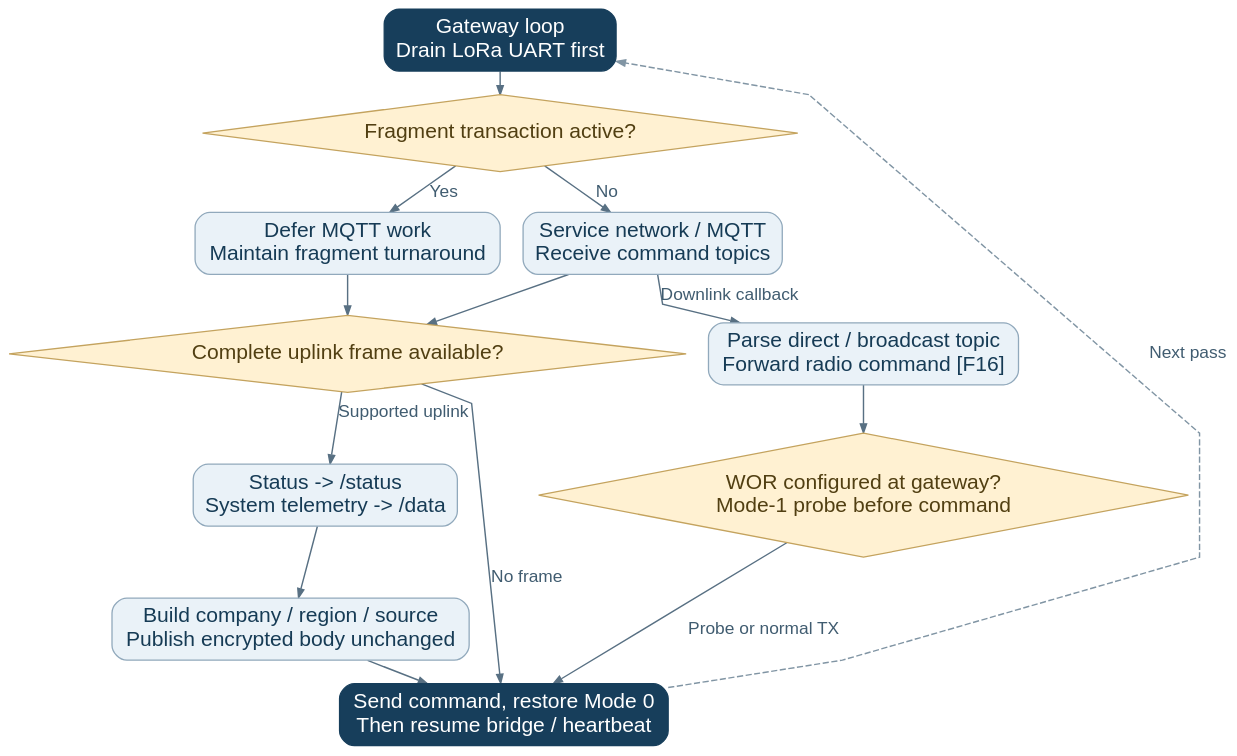
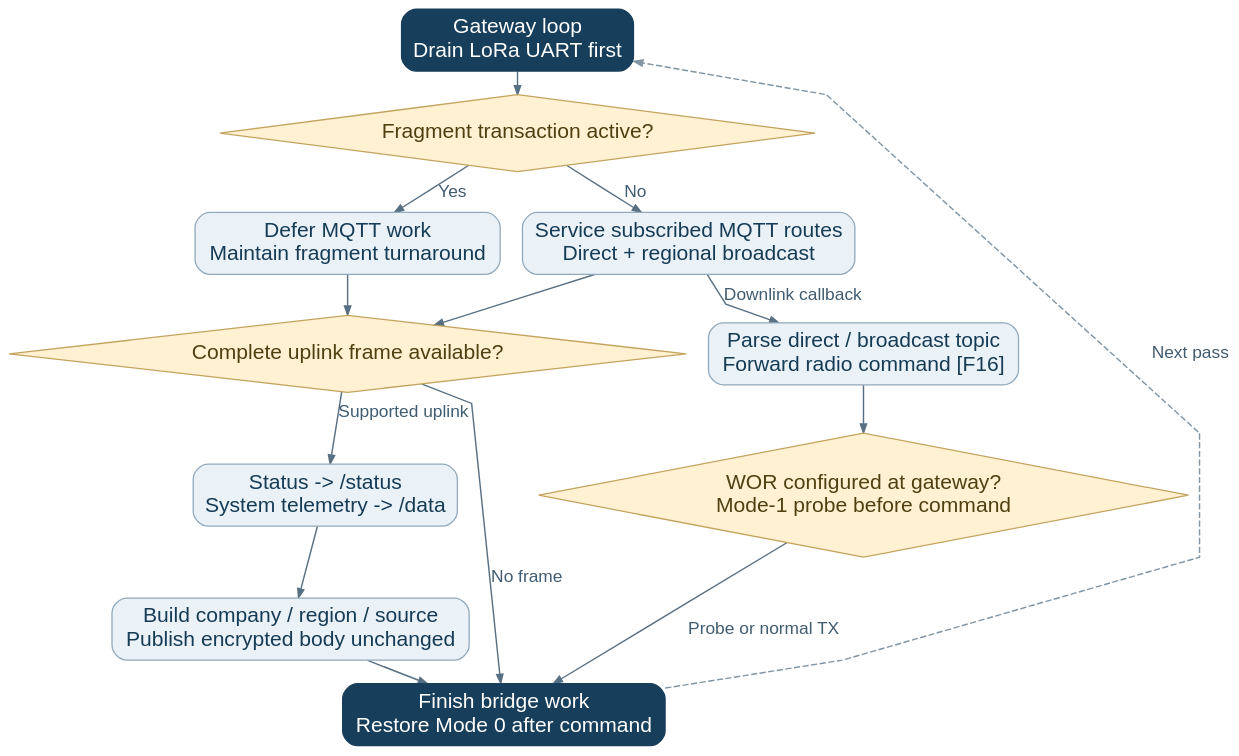
One commit to SelimEldreeny111/EgSA_IOT changed the diagram in Documentation/Flowcharts/source/F14_gateway_bridge_and_downlink_forwarding.dot. Above: the diagram before and after it, drawn with Graphviz. The commit also changed 33 other files, not shown here.

First line of the commit message:
docs: refresh Word design and editable architecture diagrams

```diff
--- a/Documentation/Flowcharts/source/F14_gateway_bridge_and_downlink_forwarding.dot
+++ b/Documentation/Flowcharts/source/F14_gateway_bridge_and_downlink_forwarding.dot
@@ -1,36 +1,36 @@
 // F14 Gateway bridge and downlink forwarding
 digraph F14 {
 graph [rankdir=TB, bgcolor="transparent", pad="0.18", nodesep="0.25", ranksep="0.25", splines=polyline, outputorder=edgesfirst];
 node [fontname="Arial", fontsize=17, margin="0.13,0.09", penwidth=1.05];
 edge [fontname="Arial", fontsize=14, color="#587083", fontcolor="#405C70", arrowsize=0.72, penwidth=1.15];
 "a" [shape="box", style="rounded,filled", fillcolor="#173E5B", fontcolor="white", color="#173E5B", label="Gateway loop\nDrain LoRa UART first"];
 "b" [shape="diamond", style="filled", fillcolor="#FFF1D2", fontcolor="#513F12", color="#C4A35E", label="Fragment transaction active?"];
 "c" [shape="box", style="rounded,filled", fillcolor="#EAF2F8", fontcolor="#163B55", color="#91A9BC", label="Defer MQTT work\nMaintain fragment turnaround"];
-"d" [shape="box", style="rounded,filled", fillcolor="#EAF2F8", fontcolor="#163B55", color="#91A9BC", label="Service network / MQTT\nReceive command topics"];
+"d" [shape="box", style="rounded,filled", fillcolor="#EAF2F8", fontcolor="#163B55", color="#91A9BC", label="Service subscribed MQTT routes\nDirect + regional broadcast"];
 "e" [shape="diamond", style="filled", fillcolor="#FFF1D2", fontcolor="#513F12", color="#C4A35E", label="Complete uplink frame available?"];
 "f" [shape="box", style="rounded,filled", fillcolor="#EAF2F8", fontcolor="#163B55", color="#91A9BC", label="Status -> /status\nSystem telemetry -> /data"];
 "g" [shape="box", style="rounded,filled", fillcolor="#EAF2F8", fontcolor="#163B55", color="#91A9BC", label="Build company / region / source\nPublish encrypted body unchanged"];
 "h" [shape="box", style="rounded,filled", fillcolor="#EAF2F8", fontcolor="#163B55", color="#91A9BC", label="Parse direct / broadcast topic\nForward radio command [F16]"];
 "i" [shape="diamond", style="filled", fillcolor="#FFF1D2", fontcolor="#513F12", color="#C4A35E", label="WOR configured at gateway?\nMode-1 probe before command"];
-"j" [shape="box", style="rounded,filled", fillcolor="#173E5B", fontcolor="white", color="#173E5B", label="Send command, restore Mode 0\nThen resume bridge / heartbeat"];
+"j" [shape="box", style="rounded,filled", fillcolor="#173E5B", fontcolor="white", color="#173E5B", label="Finish bridge work\nRestore Mode 0 after command"];
 {rank=same; "a";}
 {rank=same; "b";}
 {rank=same; "c"; "d";}
 {rank=same; "e"; "h";}
 {rank=same; "f"; "i";}
 {rank=same; "g";}
 {rank=same; "j";}
 "a" -> "b" [];
 "b" -> "c" [label="Yes"];
 "b" -> "d" [label="No"];
 "c" -> "e" [];
 "d" -> "e" [];
 "e" -> "f" [label="Supported uplink"];
 "f" -> "g" [];
 "d" -> "h" [label="Downlink callback"];
 "h" -> "i" [];
 "i" -> "j" [label="Probe or normal TX"];
 "g" -> "j" [];
 "e" -> "j" [label="No frame"];
 "j" -> "a" [label="Next pass", constraint="false", color="#8195A4", style="dashed"];
 }
```
